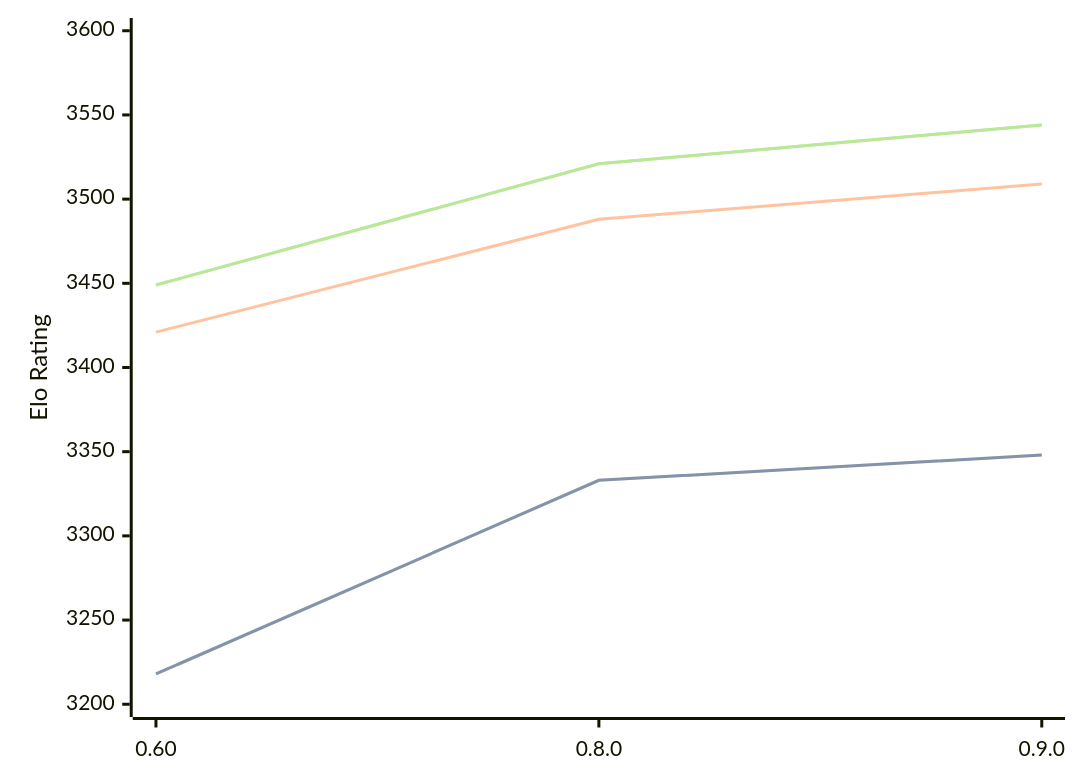
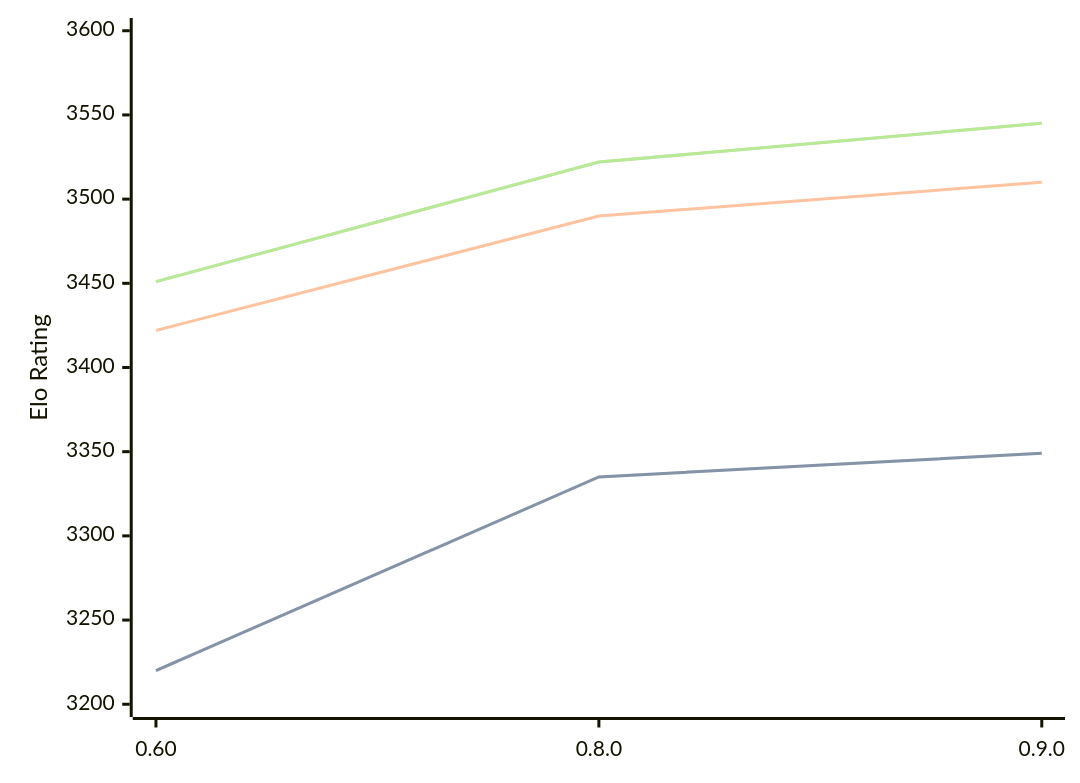
Before and after one commit to computer-chess-index/cci: the diagram in engines/Motor.md, drawn with Mermaid. The commit also changed other lines of this file, not shown here.

Commit message:
Update CCI Ratings (ELO VLTC) - 2026-10-09

````diff
--- a/engines/Motor.md
+++ b/engines/Motor.md
@@ -33,11 +33,11 @@
 ```mermaid
 %%{init: {"theme":"base","themeVariables":{"seriesColors:['#a3a3a3','#222221','#faa371']}}}%%
 xychart-beta
   x-axis ["0.60", "0.8.0", "0.9.0"]
   y-axis "Elo Rating" 3200 --> 3600
-  line "" [3218, 3333, 3348]
-  line "STC (8.0+0.08s)" [3218, 3333, 3348]
-  line "LTC (60.0+0.60s)" [3421, 3488, 3509]
-  line "" [3449, 3521, 3544]
-  line "VLTC (2m24s+1.12s)" [3449, 3521, 3544]
+  line "" [3220, 3335, 3349]
+  line "STC (8.0+0.08s)" [3220, 3335, 3349]
+  line "LTC (60.0+0.60s)" [3422, 3490, 3510]
+  line "" [3451, 3522, 3545]
+  line "VLTC (2m24s+1.12s)" [3451, 3522, 3545]
 ```
````
